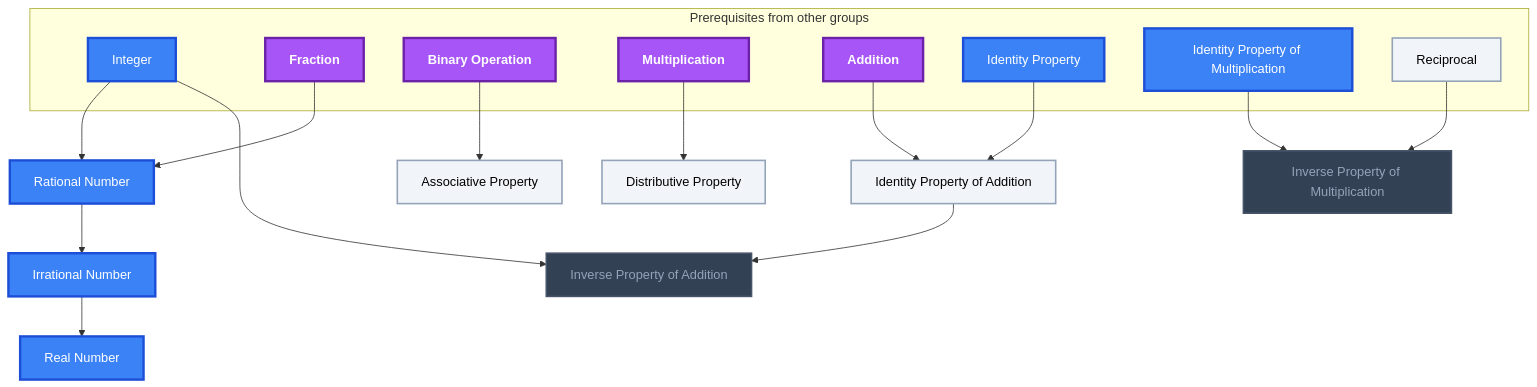
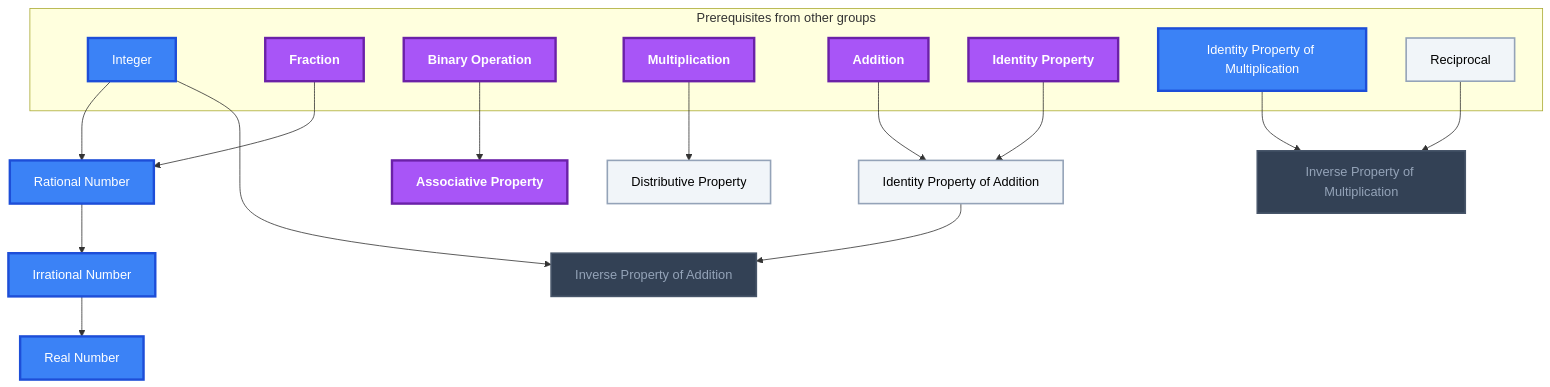
The seventh of 10 diagrams in Gamification/Skill Trees/Pre-Algebra.md (MRauf1/My-Notes), drawn with Mermaid before and after one commit. The commit also changed other lines of this file and 57 other files, not shown here.

````diff
--- a/Gamification/Skill Trees/Pre-Algebra.md
+++ b/Gamification/Skill Trees/Pre-Algebra.md
@@ -364,47 +364,47 @@
 ```mermaid
 flowchart TD
     classDef planned fill:#1E293B,stroke:#64748B,stroke-width:2px,stroke-dasharray:5 5,color:#94A3B8;
     classDef locked fill:#334155,stroke:#475569,stroke-width:2px,color:#94A3B8;
     classDef L0 fill:#F1F5F9,stroke:#94A3B8,stroke-width:2px,color:#000000;
     classDef L1 fill:#22C55E,stroke:#15803D,stroke-width:2px,color:#000000;
     classDef L2 fill:#3B82F6,stroke:#1D4ED8,stroke-width:3px,color:#FFFFFF;
     classDef L3 fill:#A855F7,stroke:#6B21A8,stroke-width:3px,color:#FFFFFF,font-weight:bold;
     classDef L4 fill:#F97316,stroke:#C2410C,stroke-width:4px,color:#000000,font-weight:bold;
     classDef L5 fill:#FFD700,stroke:#FF8C00,stroke-width:5px,color:#000000,font-weight:bold;
     classDef rusty stroke:#8B4513,stroke-width:4px,stroke-dasharray:3 3;
     subgraph sg_prereqs["Prerequisites from other groups"]
         n_integer["Integer"]
         n_fraction["Fraction"]
         n_binary_operation["Binary Operation"]
         n_multiplication["Multiplication"]
         n_addition["Addition"]
         n_identity_property["Identity Property"]
         n_identity_property_of_multiplication["Identity Property of Multiplication"]
         n_reciprocal["Reciprocal"]
     end
     n_rational_number["Rational Number"]
     n_irrational_number["Irrational Number"]
     n_real_number["Real Number"]
     n_associative_property["Associative Property"]
     n_distributive_property["Distributive Property"]
     n_identity_property_of_addition["Identity Property of Addition"]
     n_inverse_property_of_addition["Inverse Property of Addition"]
     n_inverse_property_of_multiplication["Inverse Property of Multiplication"]
     n_integer --> n_rational_number
     n_fraction --> n_rational_number
     n_rational_number --> n_irrational_number
     n_irrational_number --> n_real_number
     n_binary_operation --> n_associative_property
     n_multiplication --> n_distributive_property
     n_addition --> n_identity_property_of_addition
     n_identity_property --> n_identity_property_of_addition
     n_integer --> n_inverse_property_of_addition
     n_identity_property_of_addition --> n_inverse_property_of_addition
     n_identity_property_of_multiplication --> n_inverse_property_of_multiplication
     n_reciprocal --> n_inverse_property_of_multiplication
     class n_inverse_property_of_addition,n_inverse_property_of_multiplication locked;
-    class n_reciprocal,n_associative_property,n_distributive_property,n_identity_property_of_addition L0;
-    class n_integer,n_identity_property,n_identity_property_of_multiplication,n_rational_number,n_irrational_number,n_real_number L2;
-    class n_fraction,n_binary_operation,n_multiplication,n_addition L3;
+    class n_reciprocal,n_distributive_property,n_identity_property_of_addition L0;
+    class n_integer,n_identity_property_of_multiplication,n_rational_number,n_irrational_number,n_real_number L2;
+    class n_fraction,n_binary_operation,n_multiplication,n_addition,n_identity_property,n_associative_property L3;
     class n_integer,n_fraction,n_binary_operation,n_multiplication,n_addition,n_identity_property,n_identity_property_of_multiplication,n_reciprocal,n_rational_number,n_irrational_number,n_real_number,n_associative_property,n_distributive_property,n_identity_property_of_addition,n_inverse_property_of_addition,n_inverse_property_of_multiplication internal-link;
 ```
````
